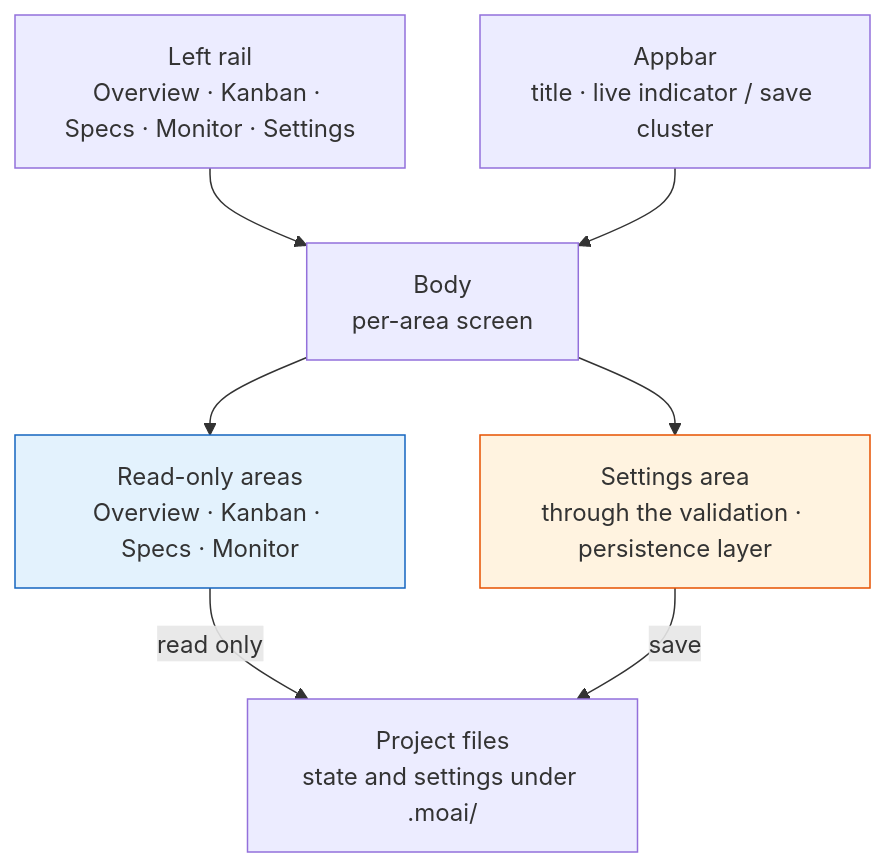
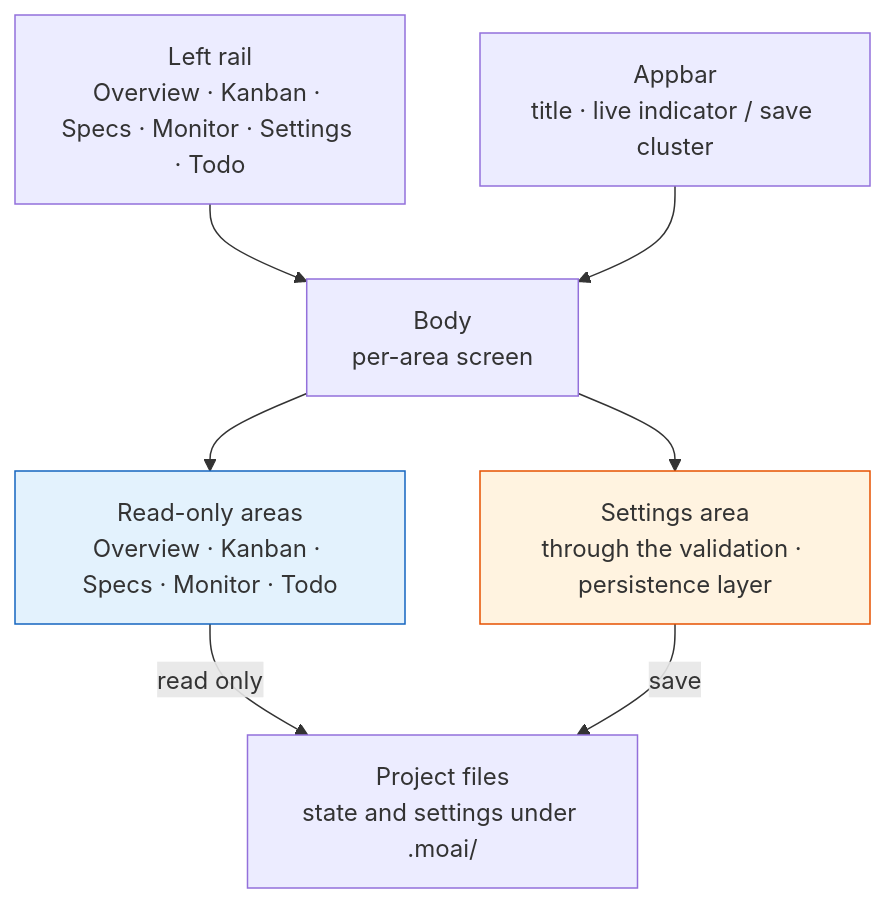
Before and after one commit to modu-ai/moai-adk: the diagram in docs-site/content/en/advanced/moai-web-console.md, drawn with Mermaid. The commit also changed other lines of this file and 109 other files, not shown here.

````diff
--- a/docs-site/content/en/advanced/moai-web-console.md
+++ b/docs-site/content/en/advanced/moai-web-console.md
@@ -31,19 +32,19 @@
 ```mermaid
 flowchart TD
-    Rail["Left rail<br/>Overview · Kanban · Specs · Monitor · Settings"]
+    Rail["Left rail<br/>Overview · Kanban · Specs · Monitor · Settings · Todo"]
     Top["Appbar<br/>title · live indicator / save cluster"]
     Body["Body<br/>per-area screen"]
-    Read["Read-only areas<br/>Overview · Kanban · Specs · Monitor"]
+    Read["Read-only areas<br/>Overview · Kanban · Specs · Monitor · Todo"]
     Write["Settings area<br/>through the validation · persistence layer"]
     Files["Project files<br/>state and settings under .moai/"]
 
     Rail --> Body
     Top --> Body
     Body --> Read
     Body --> Write
     Read -->|read only| Files
     Write -->|save| Files
 
     style Read fill:#E3F2FD,stroke:#1565C0
     style Write fill:#FFF3E0,stroke:#E65100
 ```
````
